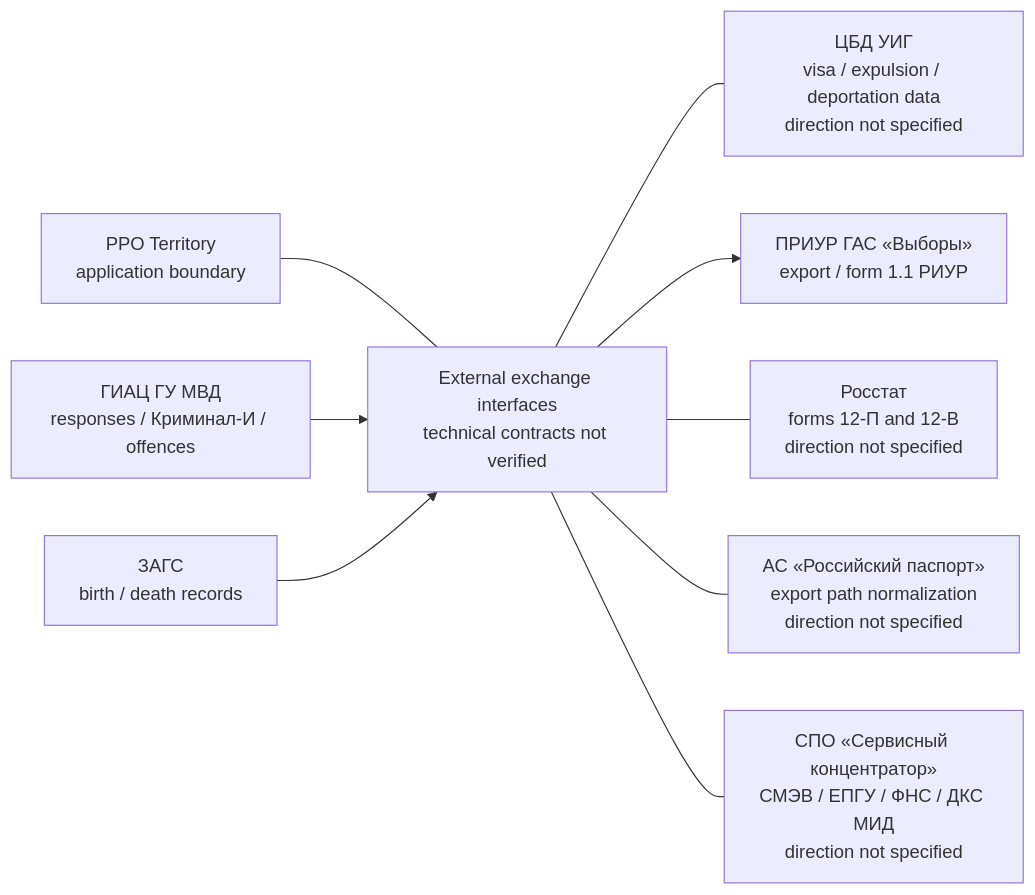
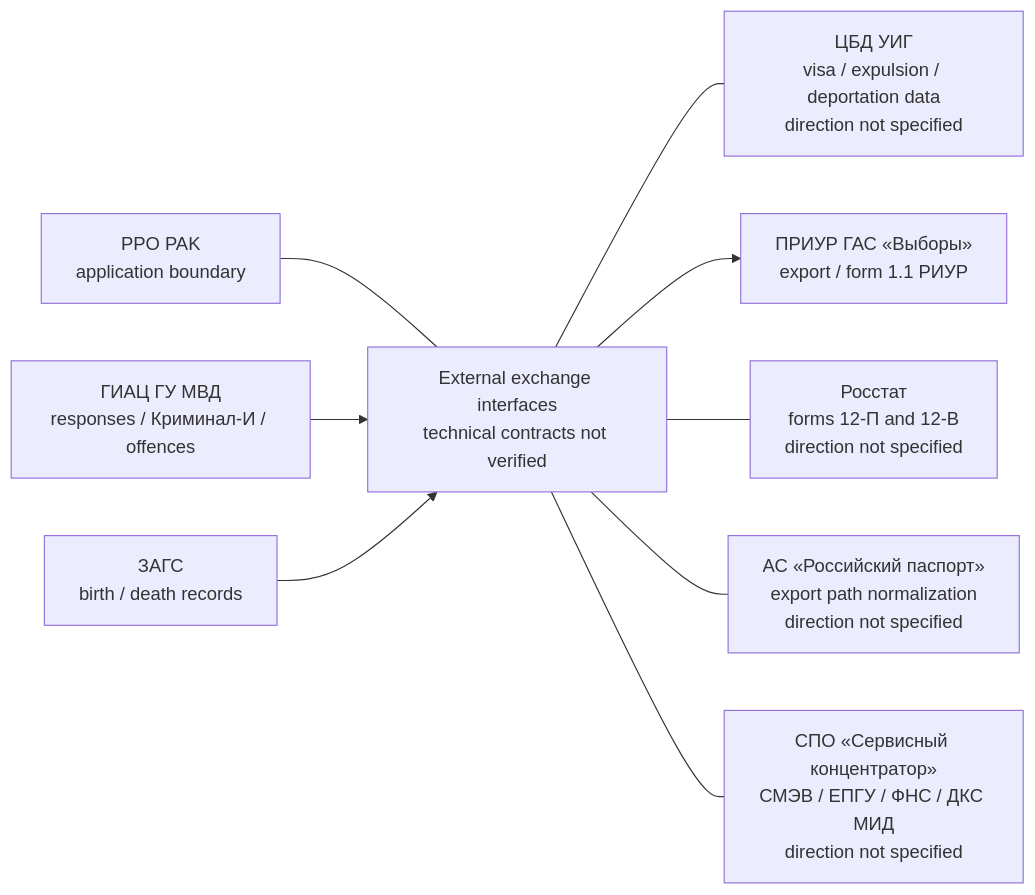
One commit to ekatmoz88-alt/territory-descriptor-unified changed the sixth of 10 diagrams in materials/architecture/README.md. Above: the diagram before and after it, drawn with Mermaid. The commit also changed other lines of this file, not shown here.

Commit message:
Rebrand project references to PPO PAK

````diff
--- a/materials/architecture/README.md
+++ b/materials/architecture/README.md
@@ -174,13 +174,13 @@
 ```mermaid
 flowchart LR
-  APP["PPO Territory<br/>application boundary"]
+  APP["PPO PAK<br/>application boundary"]
   IF["External exchange interfaces<br/>technical contracts not verified"]
   APP --- IF
   IF --- UIG["ЦБД УИГ<br/>visa / expulsion / deportation data<br/>direction not specified"]
   IF --> VYB["ПРИУР ГАС «Выборы»<br/>export / form 1.1 РИУР"]
   GIAC["ГИАЦ ГУ МВД<br/>responses / Криминал-И / offences"] --> IF
   IF --- ROS["Росстат<br/>forms 12-П and 12-В<br/>direction not specified"]
   ZAGS["ЗАГС<br/>birth / death records"] --> IF
   IF --- RP["АС «Российский паспорт»<br/>export path normalization<br/>direction not specified"]
   IF --- SK["СПО «Сервисный концентратор»<br/>СМЭВ / ЕПГУ / ФНС / ДКС МИД<br/>direction not specified"]
 ```
````
